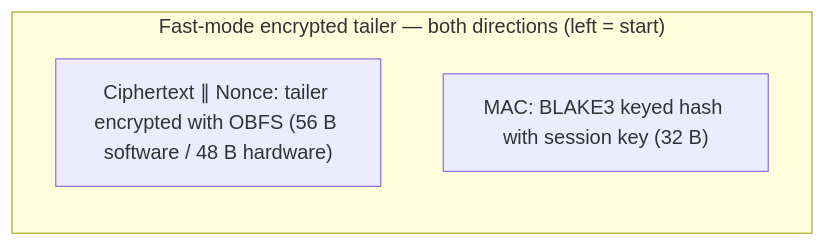
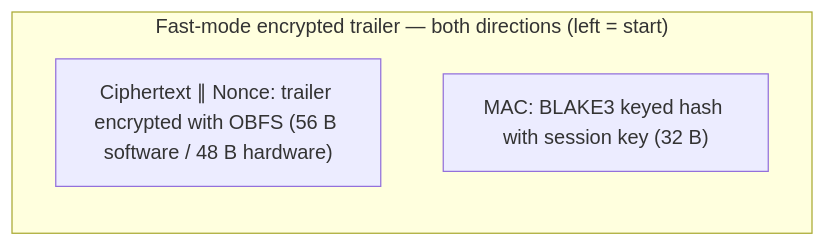
Diagram 11 of 13 in PROTOCOL.md (pseusys/TYPHOON), drawn with Mermaid before and after one commit. The commit also changed other lines of this file and 59 other files, not shown here.

````diff
--- a/PROTOCOL.md
+++ b/PROTOCOL.md
@@ -782,7 +782,7 @@
 ```mermaid
 flowchart LR
-    subgraph "Fast-mode encrypted tailer — both directions (left = start)"
-        CN["Ciphertext ∥ Nonce: tailer encrypted with OBFS (56 B software / 48 B hardware)"]
+    subgraph "Fast-mode encrypted trailer — both directions (left = start)"
+        CN["Ciphertext ∥ Nonce: trailer encrypted with OBFS (56 B software / 48 B hardware)"]
         MAC["MAC: BLAKE3 keyed hash with session key (32 B)"]
     end
 ```
````
